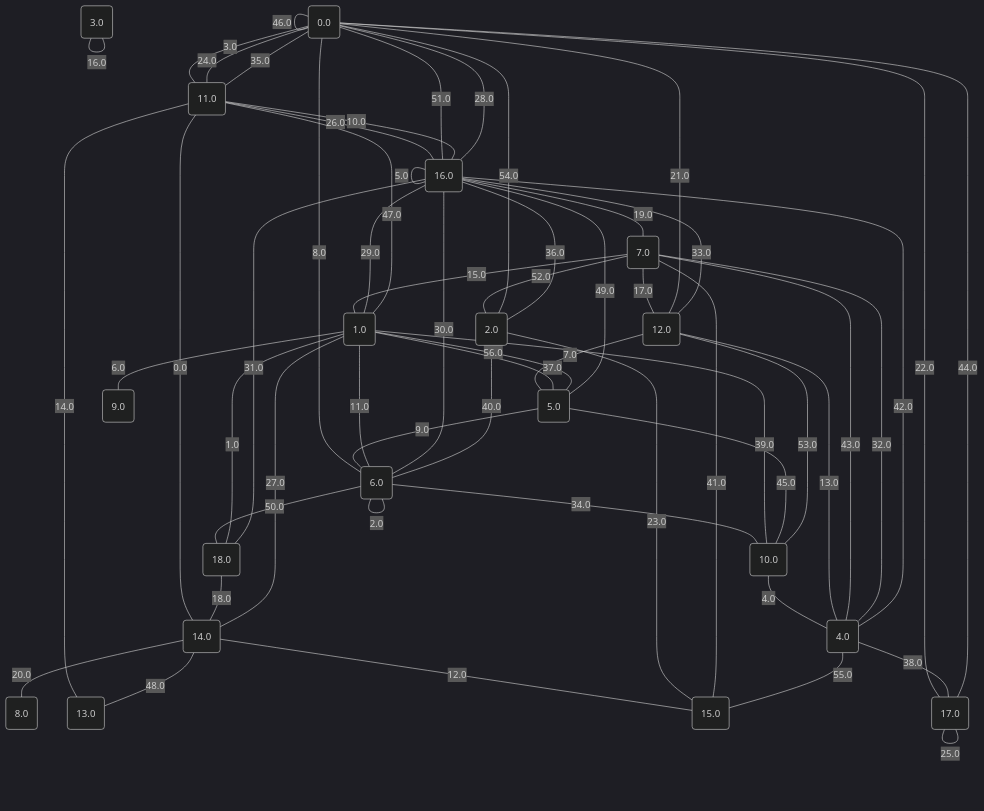
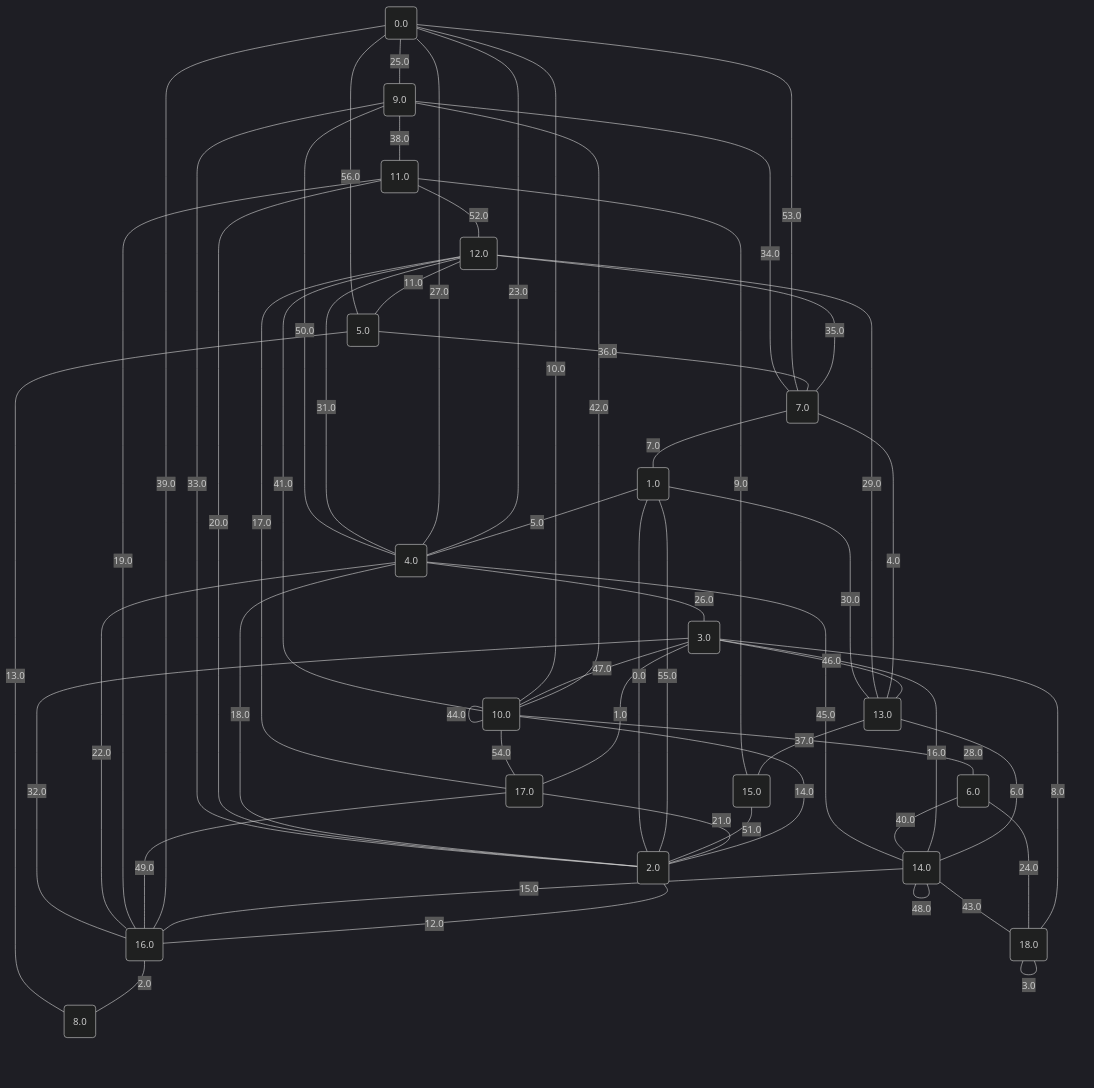
One commit to metury/graphs changed the diagram in project/src/testing/graphs/14.md. Above: the diagram before and after it, drawn with Mermaid (dark theme). The commit also changed 52 other files, not shown here.

````diff
--- a/project/src/testing/graphs/14.md
+++ b/project/src/testing/graphs/14.md
@@ -1,79 +1,79 @@
 ```mermaid
 graph TD;
 0("0.0");
 1("1.0");
 2("2.0");
 3("3.0");
 4("4.0");
 5("5.0");
 6("6.0");
 7("7.0");
 8("8.0");
 9("9.0");
 10("10.0");
 11("11.0");
 12("12.0");
 13("13.0");
 14("14.0");
 15("15.0");
 16("16.0");
 17("17.0");
 18("18.0");
-	11 -- "0.0" --- 14;
-	18 -- "1.0" --- 1;
-	6 -- "2.0" --- 6;
-	0 -- "3.0" --- 11;
-	10 -- "4.0" --- 4;
-	16 -- "5.0" --- 16;
-	1 -- "6.0" --- 9;
-	12 -- "7.0" --- 5;
-	0 -- "8.0" --- 6;
-	5 -- "9.0" --- 6;
-	16 -- "10.0" --- 11;
-	1 -- "11.0" --- 6;
-	14 -- "12.0" --- 15;
-	12 -- "13.0" --- 4;
-	11 -- "14.0" --- 13;
-	7 -- "15.0" --- 1;
-	3 -- "16.0" --- 3;
-	7 -- "17.0" --- 12;
-	18 -- "18.0" --- 14;
-	16 -- "19.0" --- 7;
-	14 -- "20.0" --- 8;
-	0 -- "21.0" --- 12;
-	0 -- "22.0" --- 17;
-	2 -- "23.0" --- 15;
-	0 -- "24.0" --- 11;
-	17 -- "25.0" --- 17;
-	11 -- "26.0" --- 16;
-	1 -- "27.0" --- 14;
-	16 -- "28.0" --- 0;
-	1 -- "29.0" --- 16;
-	16 -- "30.0" --- 6;
-	18 -- "31.0" --- 16;
-	4 -- "32.0" --- 7;
-	12 -- "33.0" --- 16;
-	6 -- "34.0" --- 10;
-	11 -- "35.0" --- 0;
-	2 -- "36.0" --- 16;
-	1 -- "37.0" --- 5;
-	4 -- "38.0" --- 17;
-	1 -- "39.0" --- 10;
-	2 -- "40.0" --- 6;
-	7 -- "41.0" --- 15;
-	4 -- "42.0" --- 16;
-	7 -- "43.0" --- 4;
-	0 -- "44.0" --- 17;
-	5 -- "45.0" --- 10;
-	0 -- "46.0" --- 0;
-	1 -- "47.0" --- 11;
-	14 -- "48.0" --- 13;
-	5 -- "49.0" --- 16;
-	6 -- "50.0" --- 18;
-	0 -- "51.0" --- 16;
-	7 -- "52.0" --- 2;
-	12 -- "53.0" --- 10;
-	0 -- "54.0" --- 2;
-	4 -- "55.0" --- 15;
-	1 -- "56.0" --- 5;
+	2 -- "0.0" --- 1;
+	3 -- "1.0" --- 17;
+	16 -- "2.0" --- 8;
+	18 -- "3.0" --- 18;
+	13 -- "4.0" --- 7;
+	1 -- "5.0" --- 4;
+	13 -- "6.0" --- 14;
+	7 -- "7.0" --- 1;
+	3 -- "8.0" --- 18;
+	15 -- "9.0" --- 11;
+	10 -- "10.0" --- 0;
+	12 -- "11.0" --- 5;
+	2 -- "12.0" --- 16;
+	5 -- "13.0" --- 8;
+	10 -- "14.0" --- 2;
+	14 -- "15.0" --- 16;
+	3 -- "16.0" --- 14;
+	17 -- "17.0" --- 12;
+	2 -- "18.0" --- 4;
+	16 -- "19.0" --- 11;
+	2 -- "20.0" --- 11;
+	17 -- "21.0" --- 2;
+	16 -- "22.0" --- 4;
+	4 -- "23.0" --- 0;
+	6 -- "24.0" --- 18;
+	0 -- "25.0" --- 9;
+	4 -- "26.0" --- 3;
+	4 -- "27.0" --- 0;
+	10 -- "28.0" --- 6;
+	13 -- "29.0" --- 12;
+	13 -- "30.0" --- 1;
+	4 -- "31.0" --- 12;
+	16 -- "32.0" --- 3;
+	2 -- "33.0" --- 9;
+	7 -- "34.0" --- 9;
+	12 -- "35.0" --- 7;
+	5 -- "36.0" --- 7;
+	13 -- "37.0" --- 15;
+	9 -- "38.0" --- 11;
+	0 -- "39.0" --- 16;
+	6 -- "40.0" --- 14;
+	10 -- "41.0" --- 12;
+	9 -- "42.0" --- 10;
+	14 -- "43.0" --- 18;
+	10 -- "44.0" --- 10;
+	4 -- "45.0" --- 14;
+	3 -- "46.0" --- 13;
+	3 -- "47.0" --- 10;
+	14 -- "48.0" --- 14;
+	17 -- "49.0" --- 16;
+	4 -- "50.0" --- 9;
+	15 -- "51.0" --- 2;
+	11 -- "52.0" --- 12;
+	0 -- "53.0" --- 7;
+	10 -- "54.0" --- 17;
+	1 -- "55.0" --- 2;
+	5 -- "56.0" --- 0;
 ```
````
